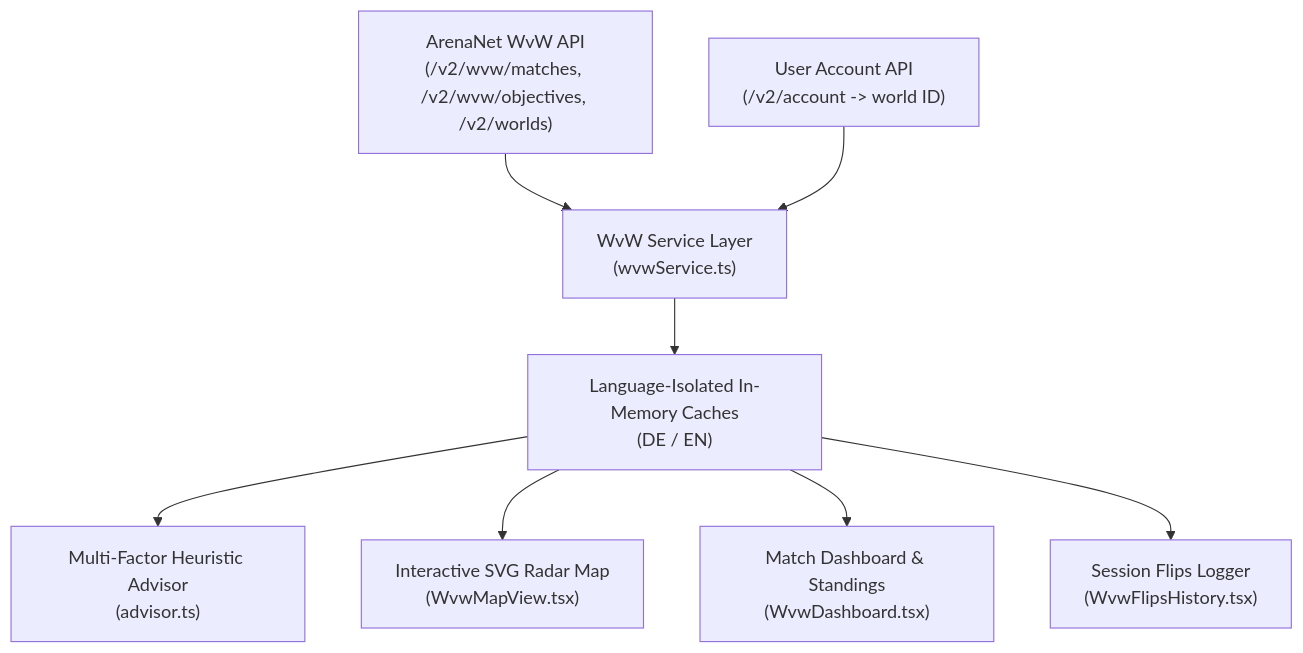
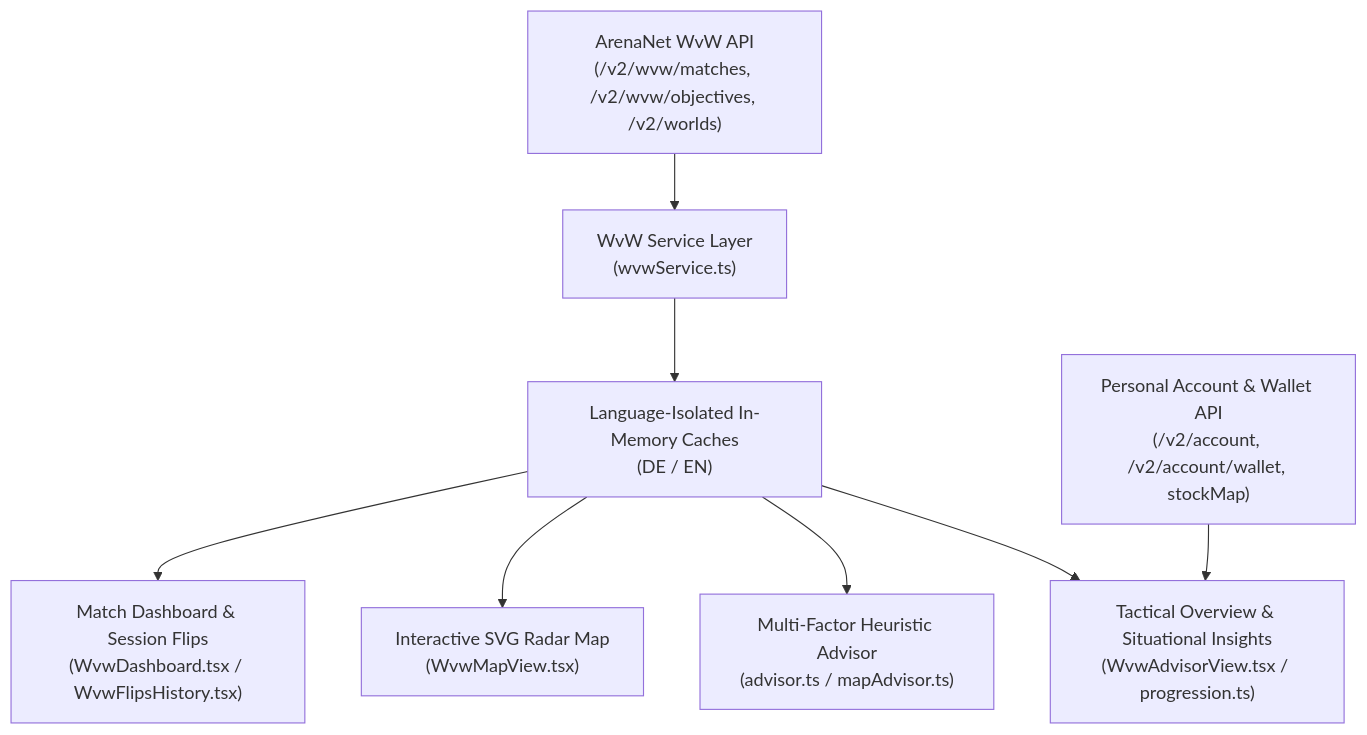
The diagram in docs/DATA_SOURCES.md (Booster1212/guildwars2-omnitria), drawn with Mermaid before and after one commit. The commit also changed other lines of this file and 44 other files, not shown here.

Commit message:
chore(release): v0.1.8 - WvW Tactical Overview, Account-Wide Item Search & PvE Progression Hub

````diff
--- a/docs/DATA_SOURCES.md
+++ b/docs/DATA_SOURCES.md
@@ -62,10 +88,10 @@
 ```mermaid
 flowchart TD
     A["ArenaNet WvW API<br/>(/v2/wvw/matches, /v2/wvw/objectives, /v2/worlds)"] --> B["WvW Service Layer<br/>(wvwService.ts)"]
     B --> C["Language-Isolated In-Memory Caches<br/>(DE / EN)"]
-    C --> D["Multi-Factor Heuristic Advisor<br/>(advisor.ts)"]
-    C --> E["Interactive SVG Radar Map<br/>(WvwMapView.tsx)"]
-    C --> F["Match Dashboard & Standings<br/>(WvwDashboard.tsx)"]
-    C --> G["Session Flips Logger<br/>(WvwFlipsHistory.tsx)"]
-    H["User Account API<br/>(/v2/account -> world ID)"] --> B
+    C --> D["Tactical Overview & Situational Insights<br/>(WvwAdvisorView.tsx / progression.ts)"]
+    C --> E["Multi-Factor Heuristic Advisor<br/>(advisor.ts / mapAdvisor.ts)"]
+    C --> F["Interactive SVG Radar Map<br/>(WvwMapView.tsx)"]
+    C --> G["Match Dashboard & Session Flips<br/>(WvwDashboard.tsx / WvwFlipsHistory.tsx)"]
+    H["Personal Account & Wallet API<br/>(/v2/account, /v2/account/wallet, stockMap)"] --> D
 ```
````
